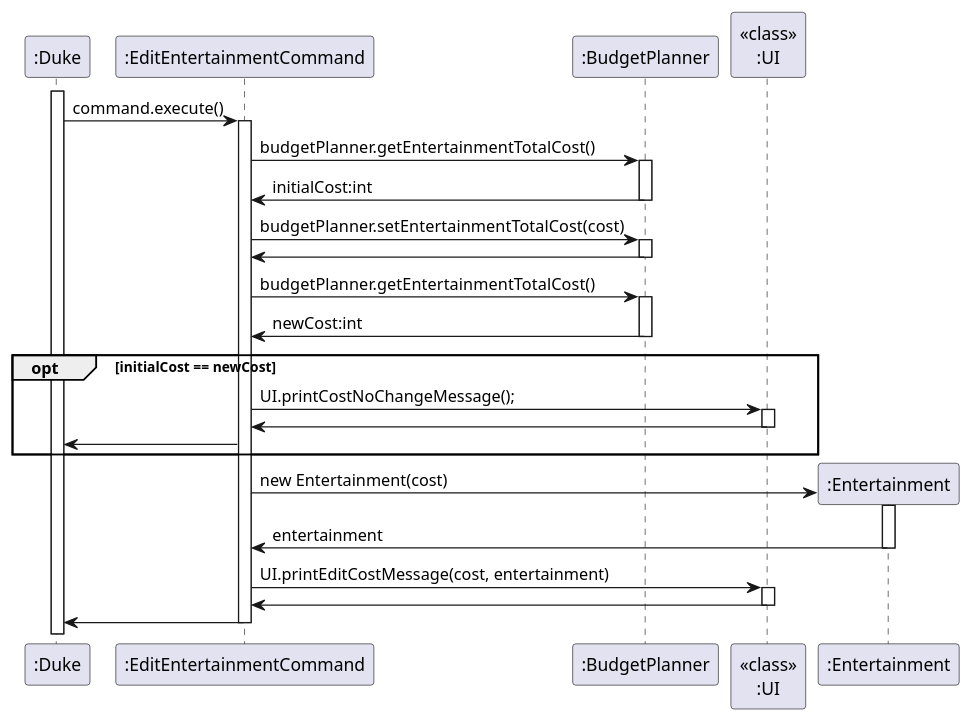
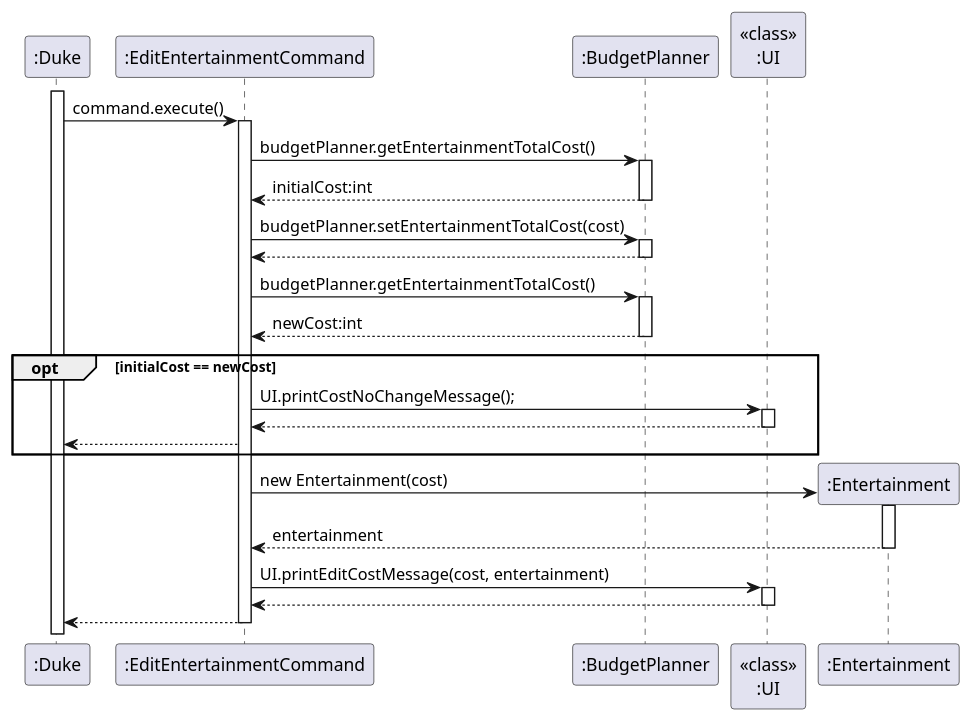
One commit to nus-cs2113-AY2223S2/tp changed the diagram in docs/diagrams/budget/EditEntertainmentCommand.puml. Above: the diagram before and after it, drawn with PlantUML. The commit also changed 5 other files, not shown here.

```diff
--- a/docs/diagrams/budget/EditEntertainmentCommand.puml
+++ b/docs/diagrams/budget/EditEntertainmentCommand.puml
@@ -1,36 +1,36 @@
 @startuml
 'https://plantuml.com/sequence-diagram
 activate ":Duke"
 ":Duke" -> ":EditEntertainmentCommand" : command.execute()
 activate ":EditEntertainmentCommand"
 ":EditEntertainmentCommand" -> ":BudgetPlanner" : budgetPlanner.getEntertainmentTotalCost()
 activate ":BudgetPlanner"
-":EditEntertainmentCommand" <- ":BudgetPlanner" : initialCost:int
+":EditEntertainmentCommand" <-- ":BudgetPlanner" : initialCost:int
 deactivate ":BudgetPlanner"
 ":EditEntertainmentCommand" -> ":BudgetPlanner" : budgetPlanner.setEntertainmentTotalCost(cost)
 activate ":BudgetPlanner"
-":EditEntertainmentCommand" <- ":BudgetPlanner"
+":EditEntertainmentCommand" <-- ":BudgetPlanner"
 deactivate ":BudgetPlanner"
 ":EditEntertainmentCommand" -> ":BudgetPlanner" : budgetPlanner.getEntertainmentTotalCost()
 activate ":BudgetPlanner"
-":EditEntertainmentCommand" <- ":BudgetPlanner" : newCost:int
+":EditEntertainmentCommand" <-- ":BudgetPlanner" : newCost:int
 deactivate ":BudgetPlanner"
 opt initialCost == newCost
 ":EditEntertainmentCommand" -> "<<class>>\n:UI" : UI.printCostNoChangeMessage();
 activate "<<class>>\n:UI"
-":EditEntertainmentCommand" <- "<<class>>\n:UI"
+":EditEntertainmentCommand" <-- "<<class>>\n:UI"
 deactivate "<<class>>\n:UI"
-":EditEntertainmentCommand" -> ":Duke"
+":EditEntertainmentCommand" --> ":Duke"
 end
 create ":Entertainment"
 ":EditEntertainmentCommand" -> ":Entertainment" : new Entertainment(cost)
 activate ":Entertainment"
-":EditEntertainmentCommand" <- ":Entertainment" : entertainment
+":EditEntertainmentCommand" <-- ":Entertainment" : entertainment
 deactivate ":Entertainment"
 ":EditEntertainmentCommand" -> "<<class>>\n:UI" : UI.printEditCostMessage(cost, entertainment)
 activate "<<class>>\n:UI"
-":EditEntertainmentCommand" <- "<<class>>\n:UI"
+":EditEntertainmentCommand" <-- "<<class>>\n:UI"
 deactivate "<<class>>\n:UI"
-":EditEntertainmentCommand" -> ":Duke"
+":EditEntertainmentCommand" --> ":Duke"
 deactivate ":EditEntertainmentCommand"
 @enduml
```
